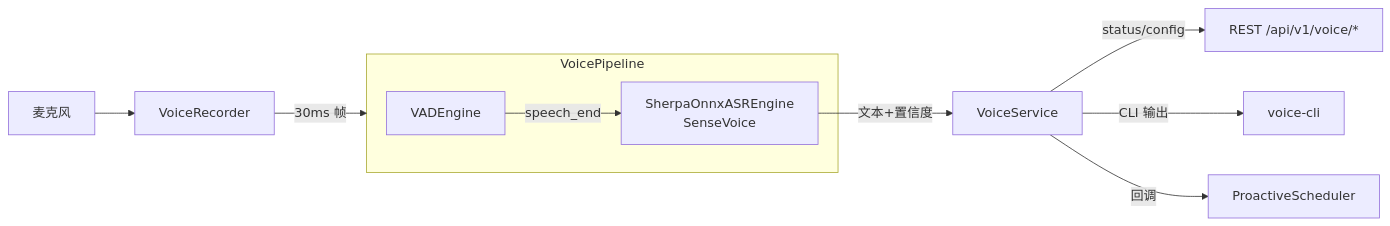
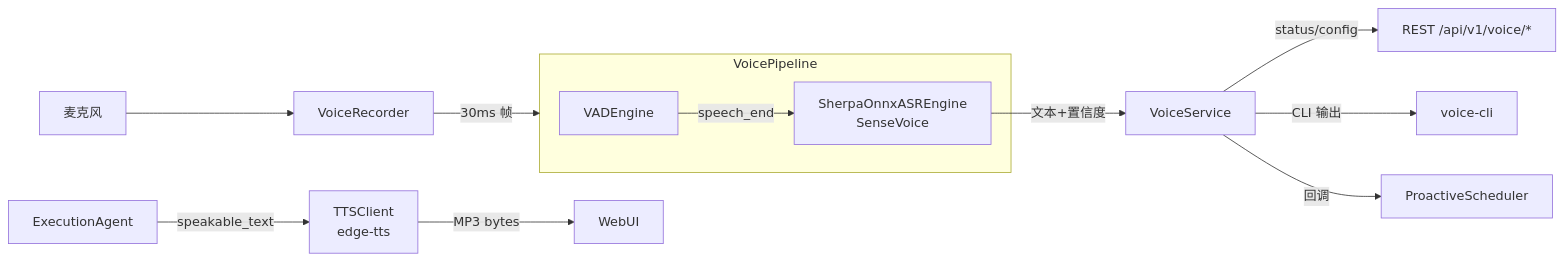
Before and after one commit to MiyakoMeow/DrivePal: the diagram in app/voice/AGENTS.md, drawn with Mermaid. The commit also changed other lines of this file and 24 other files, not shown here.

First line of the commit message:
feat: demo completion — presets, TTS, WebUI fixes, per-user scheduler, integration tests (#238)

````diff
--- a/app/voice/AGENTS.md
+++ b/app/voice/AGENTS.md
@@ -7,12 +7,14 @@
 ```mermaid
 flowchart LR
     Mic["麦克风"] --> Rec[VoiceRecorder]
     Rec -->|30ms 帧| PL[VoicePipeline]
     subgraph PL["VoicePipeline"]
         VAD[VADEngine] -->|speech_end| ASR["SherpaOnnxASREngine<br/>SenseVoice"]
     end
     ASR -->|文本+置信度| VS[VoiceService]
     VS -->|status/config| API["REST /api/v1/voice/*"]
     VS -->|CLI 输出| CLI["voice-cli"]
     VS -->|回调| Sched["ProactiveScheduler"]
+    AW["ExecutionAgent"] -->|speakable_text| TTS["TTSClient<br/>edge-tts"]
+    TTS -->|MP3 bytes| WUI["WebUI"]
 ```
````
